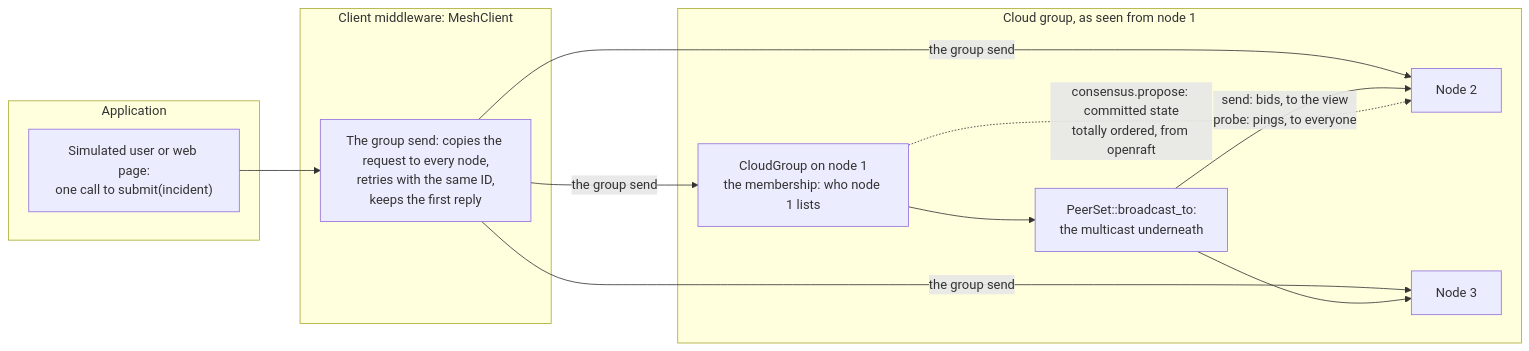
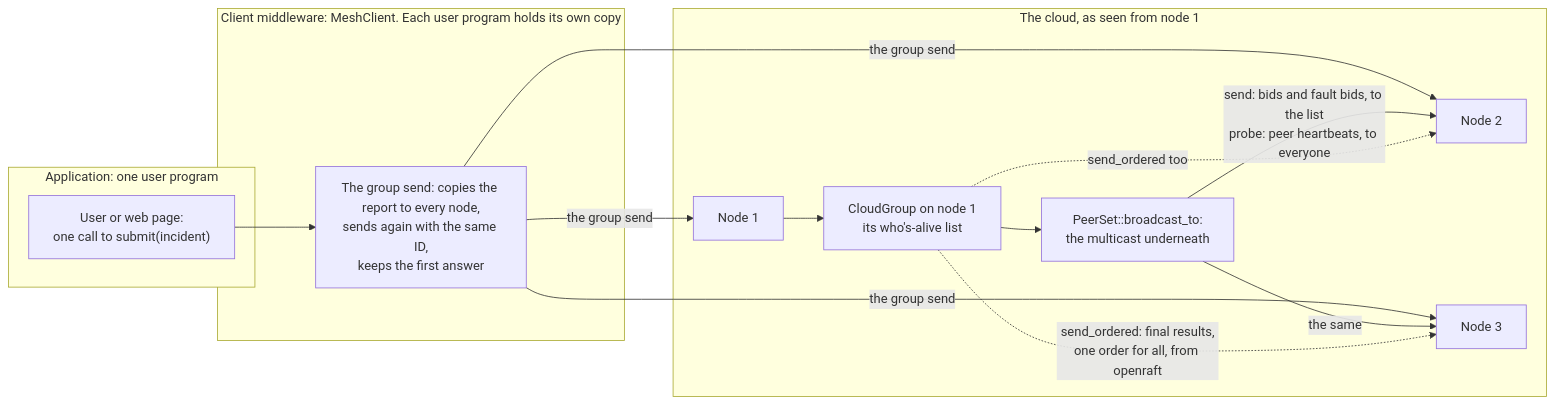
One commit to noortaytoy1/DistributedSystems changed the eighth of 48 diagrams in docs/architecture.md. Above: the diagram before and after it, drawn with Mermaid. The commit also changed other lines of this file and 2 other files, not shown here.

First line of the commit message:
Apply the diagram review to the architecture docs (D231)

````diff
--- a/docs/architecture.md
+++ b/docs/architecture.md
@@ -490,23 +547,26 @@
 ```mermaid
 flowchart LR
-    subgraph APP["Application"]
-        USER["Simulated user or web page:<br/>one call to submit(incident)"]
+    subgraph APP["Application: one user program"]
+        USER["User or web page:<br/>one call to submit(incident)"]
     end
-    subgraph MW["Client middleware: MeshClient"]
-        COPY["The group send: copies the request to every node,<br/>retries with the same ID,<br/>keeps the first reply"]
+    subgraph MW["Client middleware: MeshClient. Each user program holds its own copy"]
+        COPY["The group send: copies the report to every node,<br/>sends again with the same ID,<br/>keeps the first answer"]
     end
-    subgraph CLOUD["Cloud group, as seen from node 1"]
-        G["CloudGroup on node 1<br/>the membership: who node 1 lists"]
+    subgraph CLOUD["The cloud, as seen from node 1"]
+        N1["Node 1"]
+        G["CloudGroup on node 1<br/>its who's-alive list"]
         B["PeerSet::broadcast_to:<br/>the multicast underneath"]
         N2["Node 2"]
         N3["Node 3"]
+        N1 --> G
         G --> B
     end
     USER --> COPY
-    COPY -->|"the group send"| G
+    COPY -->|"the group send"| N1
     COPY -->|"the group send"| N2
     COPY -->|"the group send"| N3
-    B -->|"send: bids, to the view<br/>probe: pings, to everyone"| N2
-    B --> N3
-    G -.->|"consensus.propose: committed state<br/>totally ordered, from openraft"| N2
+    B -->|"send: bids and fault bids, to the list<br/>probe: peer heartbeats, to everyone"| N2
+    B -->|"the same"| N3
+    G -.->|"send_ordered too"| N2
+    G -.->|"send_ordered: final results,<br/>one order for all, from openraft"| N3
 ```
````
